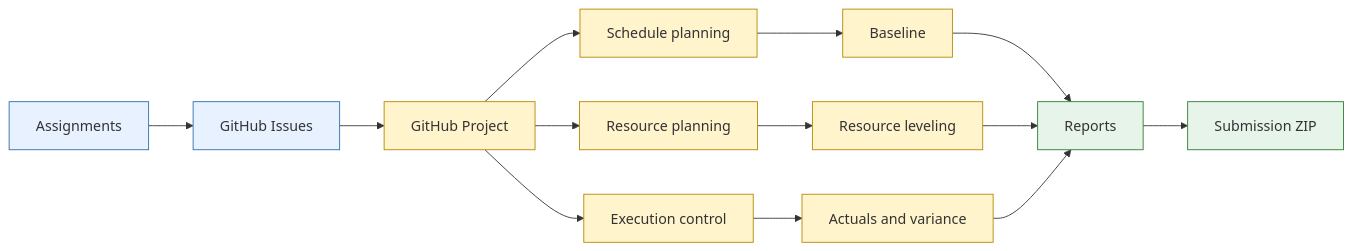
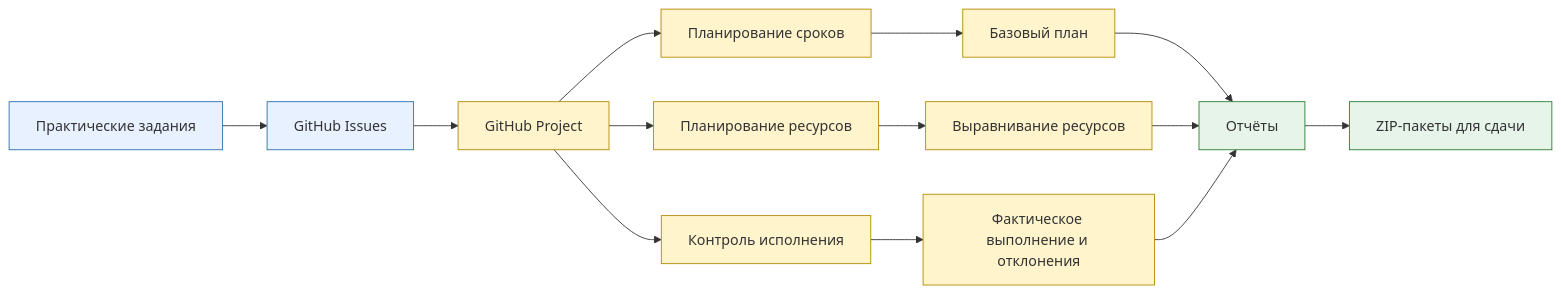
The first of 5 diagrams in docs/visuals/project-dashboard.md (andreyobloff/IntelCarPricing), drawn with Mermaid before and after one commit. The commit also changed other lines of this file, not shown here.

````diff
--- a/docs/visuals/project-dashboard.md
+++ b/docs/visuals/project-dashboard.md
@@ -9,24 +9,24 @@
 ```mermaid
 flowchart LR
-    A["Assignments"] --> B["GitHub Issues"]
+    A["Практические задания"] --> B["GitHub Issues"]
     B --> C["GitHub Project"]
-    C --> D["Schedule planning"]
-    C --> E["Resource planning"]
-    C --> F["Execution control"]
-    D --> G["Baseline"]
-    E --> H["Resource leveling"]
-    F --> I["Actuals and variance"]
-    G --> J["Reports"]
+    C --> D["Планирование сроков"]
+    C --> E["Планирование ресурсов"]
+    C --> F["Контроль исполнения"]
+    D --> G["Базовый план"]
+    E --> H["Выравнивание ресурсов"]
+    F --> I["Фактическое выполнение и отклонения"]
+    G --> J["Отчёты"]
     H --> J
     I --> J
-    J --> K["Submission ZIP"]
+    J --> K["ZIP-пакеты для сдачи"]
 
     classDef source fill:#e8f1ff,stroke:#2f6fab,stroke-width:1px;
     classDef control fill:#fff4cc,stroke:#b58900,stroke-width:1px;
     classDef output fill:#e6f4ea,stroke:#2e7d32,stroke-width:1px;
     classDef risk fill:#fdecea,stroke:#c62828,stroke-width:1px;
 
     class A,B source;
     class C,D,E,F,G,H,I control;
     class J,K output;
 ```
````
